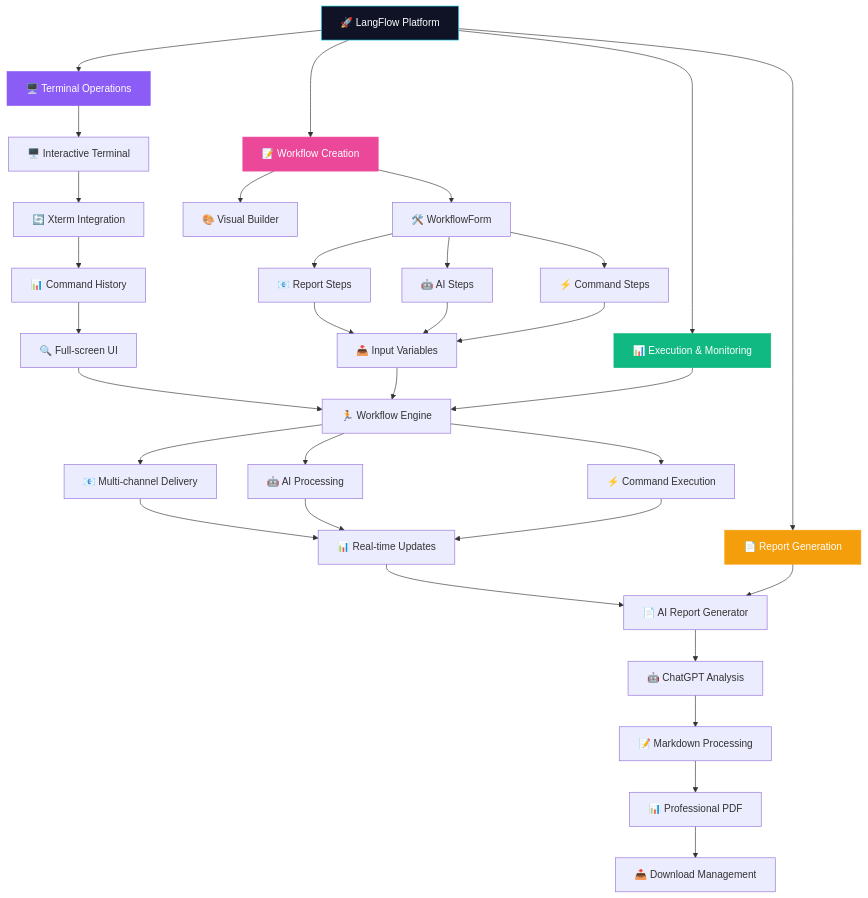
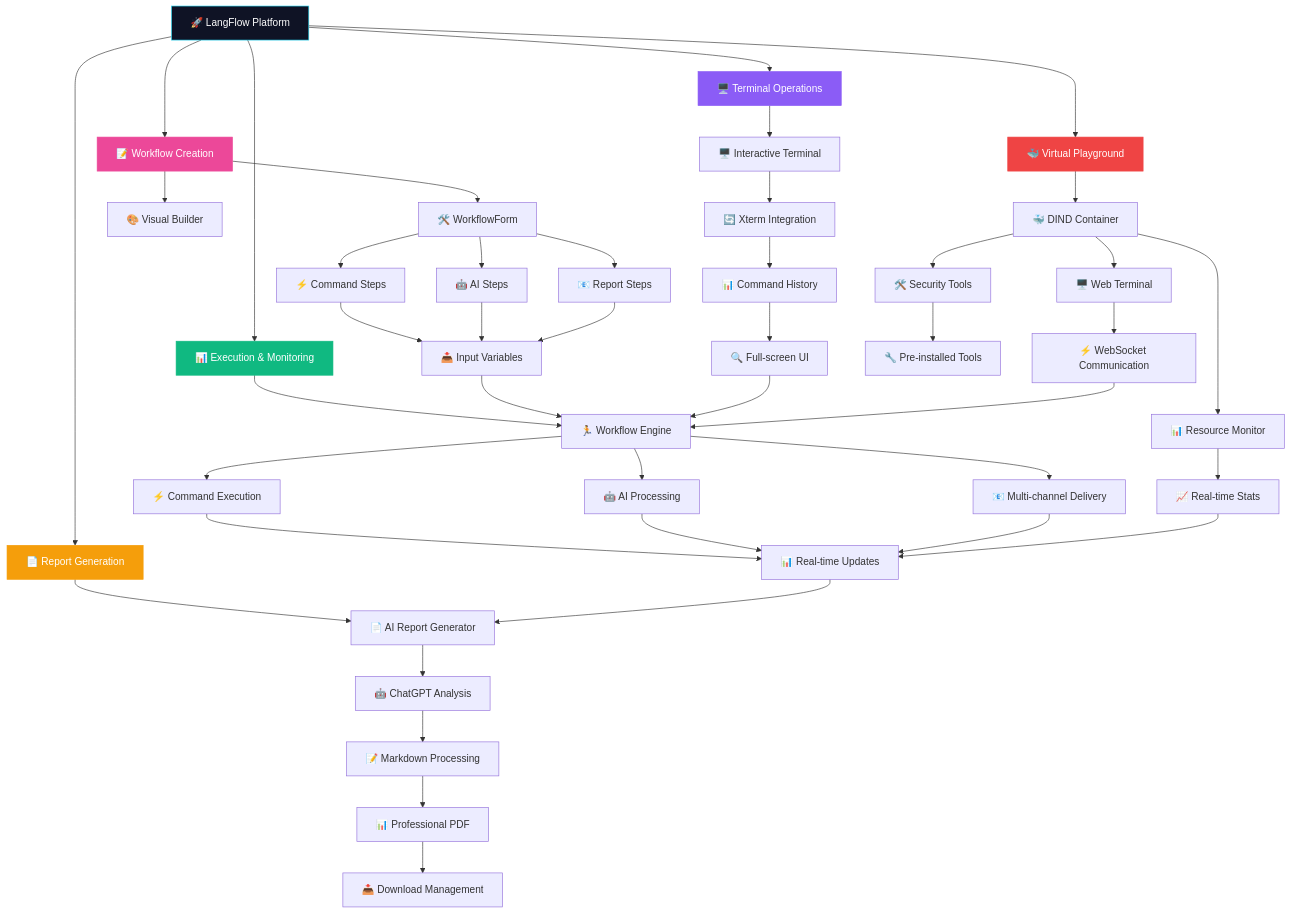
Before and after one commit to zakirkun/lang-flow: the first of 2 diagrams in README.md, drawn with Mermaid. The commit also changed other lines of this file and 1 other file, not shown here.

````diff
--- a/README.md
+++ b/README.md
@@ -73,45 +85,57 @@
 ```mermaid
 graph TB
     A["🚀 LangFlow Platform"] --> B["📝 Workflow Creation"]
     A --> C["📊 Execution & Monitoring"] 
     A --> D["📄 Report Generation"]
     A --> E["🖥️ Terminal Operations"]
+    A --> F["🐳 Virtual Playground"]
     
     B --> B1["🛠️ WorkflowForm"]
     B --> B2["🎨 Visual Builder"]
     B1 --> B3["⚡ Command Steps"]
     B1 --> B4["🤖 AI Steps"]
     B1 --> B5["📧 Report Steps"]
     B3 --> B6["📥 Input Variables"]
     B4 --> B6
     B5 --> B6
     
     C --> C1["🏃 Workflow Engine"]
     C1 --> C2["⚡ Command Execution"]
     C1 --> C3["🤖 AI Processing"]
     C1 --> C4["📧 Multi-channel Delivery"]
     C2 --> C5["📊 Real-time Updates"]
     C3 --> C5
     C4 --> C5
     
     D --> D1["📄 AI Report Generator"]
     D1 --> D2["🤖 ChatGPT Analysis"]
     D2 --> D3["📝 Markdown Processing"]
     D3 --> D4["📊 Professional PDF"]
     D4 --> D5["📥 Download Management"]
     
     E --> E1["🖥️ Interactive Terminal"]
     E1 --> E2["🔄 Xterm Integration"]
     E2 --> E3["📊 Command History"]
     E3 --> E4["🔍 Full-screen UI"]
     
+    F --> F1["🐳 DIND Container"]
+    F1 --> F2["🖥️ Web Terminal"]
+    F1 --> F3["📊 Resource Monitor"]
+    F1 --> F4["🛠️ Security Tools"]
+    F2 --> F5["⚡ WebSocket Communication"]
+    F3 --> F6["📈 Real-time Stats"]
+    F4 --> F7["🔧 Pre-installed Tools"]
+    
     B6 --> C1
     C5 --> D1
     E4 --> C1
+    F5 --> C1
+    F6 --> C5
     
     style A fill:#0f1325,stroke:#22d3ee,color:#fff
     style B fill:#ec4899,stroke:#ec4899,color:#fff
     style C fill:#10b981,stroke:#10b981,color:#fff
     style D fill:#f59e0b,stroke:#f59e0b,color:#fff
     style E fill:#8b5cf6,stroke:#8b5cf6,color:#fff
+    style F fill:#ef4444,stroke:#ef4444,color:#fff
 ```
````
